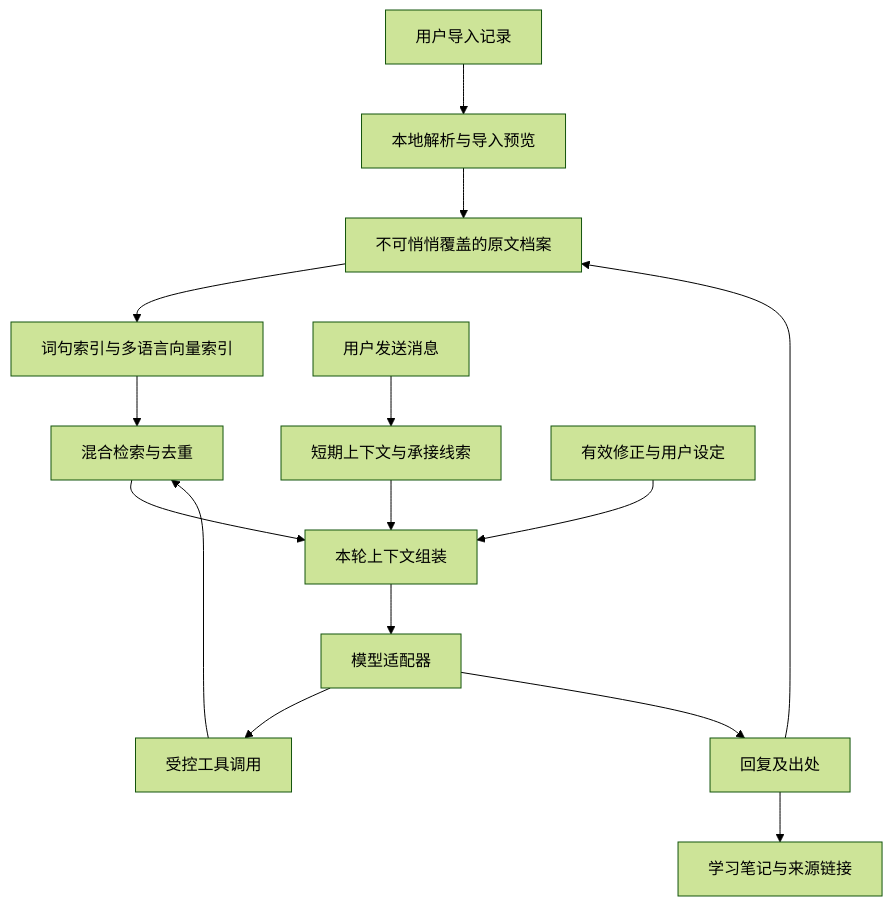
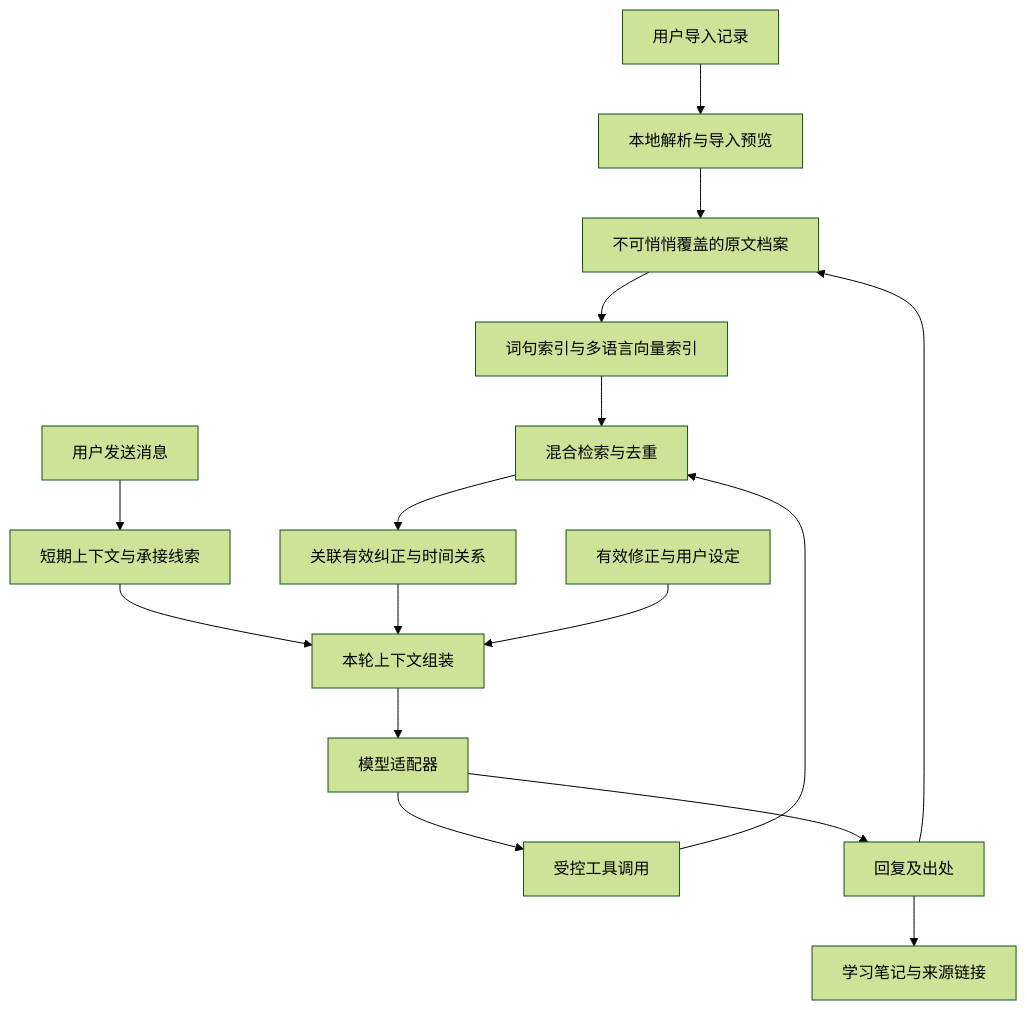
One commit to OopsVeraHuang/Stet changed the diagram in docs/02-architecture.md. Above: the diagram before and after it, drawn with Mermaid (forest theme). The commit also changed other lines of this file and 18 other files, not shown here.

````diff
--- a/docs/02-architecture.md
+++ b/docs/02-architecture.md
@@ -3,17 +3,18 @@
 ```mermaid
 flowchart TD
   A[用户导入记录] --> B[本地解析与导入预览]
   B --> C[不可悄悄覆盖的原文档案]
   C --> D[词句索引与多语言向量索引]
   E[用户发送消息] --> F[短期上下文与承接线索]
   D --> G[混合检索与去重]
   F --> H[本轮上下文组装]
-  G --> H
+  G --> R[关联有效纠正与时间关系]
+  R --> H
   I[有效修正与用户设定] --> H
   H --> J[模型适配器]
   J --> K[受控工具调用]
   K --> G
   J --> L[回复及出处]
   L --> C
   L --> M[学习笔记与来源链接]
 ```
````
